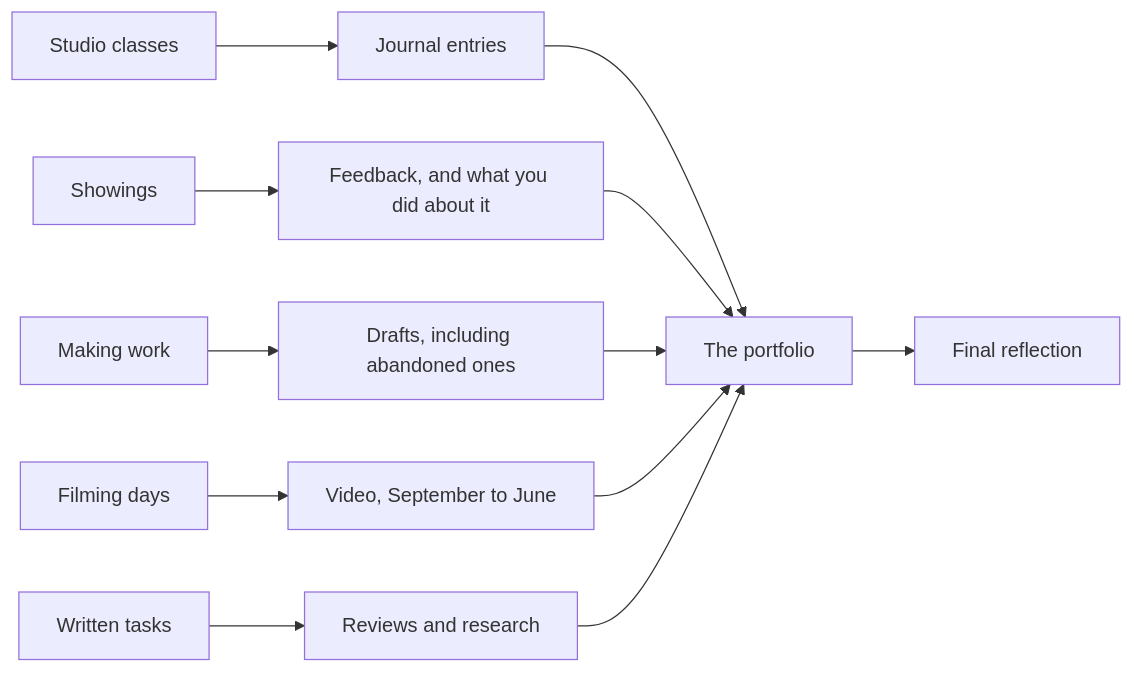
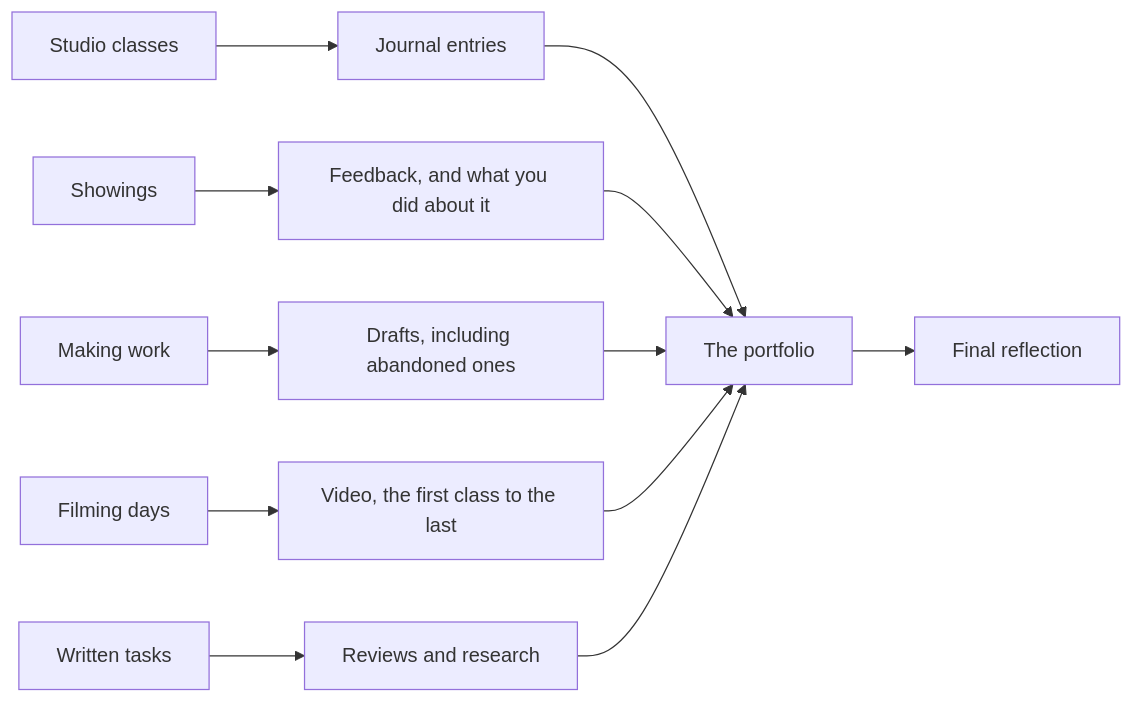
One commit to russellgordon/containerized-quartz-for-teachers changed the diagram in support/example_content/ATC1O/shared/Portfolios/The Dance Portfolio.md. Above: the diagram before and after it, drawn with Mermaid. The commit also changed other lines of this file and 955 other files, not shown here.

````diff
--- a/support/example_content/ATC1O/shared/Portfolios/The Dance Portfolio.md
+++ b/support/example_content/ATC1O/shared/Portfolios/The Dance Portfolio.md
@@ -17,10 +18,10 @@
 ```mermaid
 graph LR
   A[Studio classes] --> J[Journal entries]
   B[Showings] --> F[Feedback, and what you did about it]
   C[Making work] --> D[Drafts, including abandoned ones]
-  E[Filming days] --> V[Video, September to June]
+  E[Filming days] --> V[Video, the first class to the last]
   G[Written tasks] --> W[Reviews and research]
   J & F & D & V & W --> P[The portfolio]
   P --> R[Final reflection]
 ```
````
